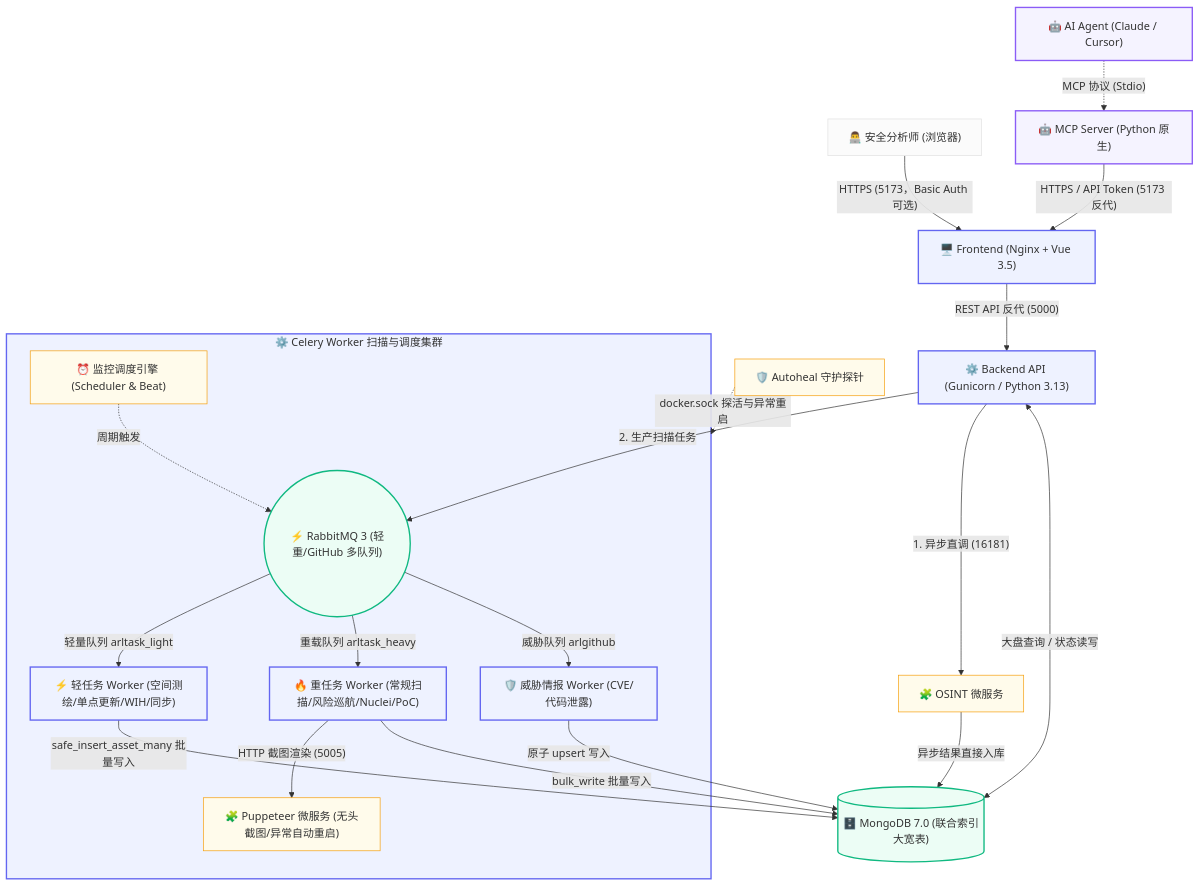
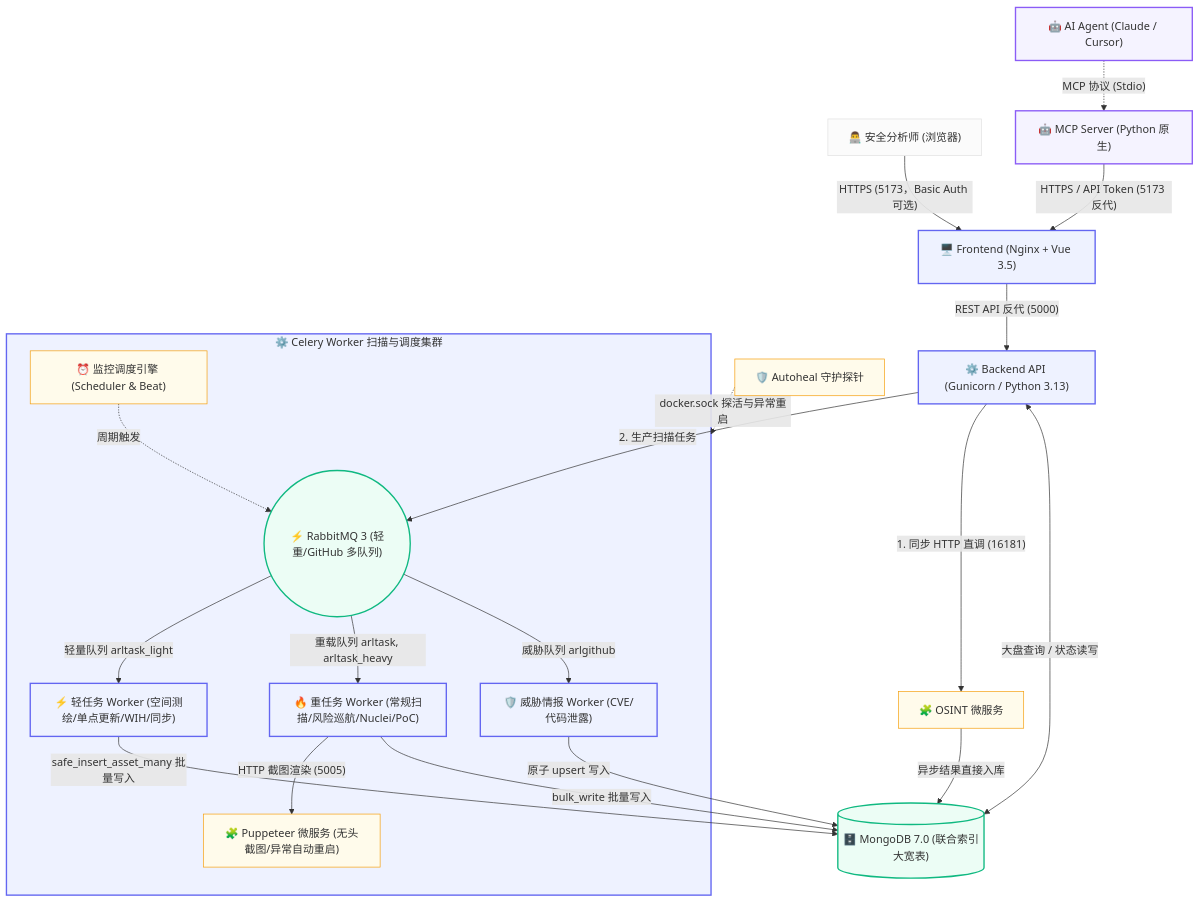
One commit to Kano882/ARL-Next changed the diagram in README.md. Above: the diagram before and after it, drawn with Mermaid. The commit also changed other lines of this file and 1 other file, not shown here.

````diff
--- a/README.md
+++ b/README.md
@@ -141,44 +141,44 @@
 ```mermaid
 graph TD
     %% 1. 接入层
     User["👨‍💻 安全分析师 (浏览器)"] -->|"HTTPS (5173，Basic Auth 可选)"| Nginx["🖥️ Frontend (Nginx + Vue 3.5)"]
     Agent["🤖 AI Agent (Claude / Cursor)"] -.->|"MCP 协议 (Stdio)"| MCP["🤖 MCP Server (Python 原生)"]
 
     %% 2. API 网关层
     Nginx -->|"REST API 反代 (5000)"| Backend["⚙️ Backend API (Gunicorn / Python 3.13)"]
     MCP -->|"HTTPS / API Token (5173 反代)"| Nginx
 
     %% 3. 调度与任务分流 (双轨解耦)
-    Backend -->|"1. 异步直调 (16181)"| OSINT["🧩 OSINT 微服务"]
+    Backend -->|"1. 同步 HTTP 直调 (16181)"| OSINT["🧩 OSINT 微服务"]
     Backend -->|"2. 生产扫描任务"| MQ(("⚡ RabbitMQ 3 (轻重/GitHub 多队列)"))
 
     %% 4. Celery Worker 扫描计算集群
     subgraph WorkerCluster ["⚙️ Celery Worker 扫描与调度集群"]
         MQ -->|"轻量队列 arltask_light"| W_Light["⚡ 轻任务 Worker (空间测绘/单点更新/WIH/同步)"]
-        MQ -->|"重载队列 arltask_heavy"| W_Heavy["🔥 重任务 Worker (常规扫描/风险巡航/Nuclei/PoC)"]
+        MQ -->|"重载队列 arltask, arltask_heavy"| W_Heavy["🔥 重任务 Worker (常规扫描/风险巡航/Nuclei/PoC)"]
         MQ -->|"威胁队列 arlgithub"| W_Git["🛡️ 威胁情报 Worker (CVE/代码泄露)"]
         
         Scheduler["⏰ 监控调度引擎 (Scheduler & Beat)"] -.->|"周期触发"| MQ
         W_Heavy -->|"HTTP 截图渲染 (5005)"| Puppeteer["🧩 Puppeteer 微服务 (无头截图/异常自动重启)"]
     end
 
     %% 5. 数据统一落库 (从上往下自然汇聚分流)
     Backend <-->|"大盘查询 / 状态读写"| DB[("🗄️ MongoDB 7.0 (联合索引大宽表)")]
     OSINT -->|"异步结果直接入库"| DB
     W_Light -->|"safe_insert_asset_many 批量写入"| DB
     W_Heavy -->|"bulk_write 批量写入"| DB
     W_Git -->|"原子 upsert 写入"| DB
 
     Autoheal["🛡️ Autoheal 守护探针"] -.->|"docker.sock 探活与异常重启"| WorkerCluster
 
     classDef default fill:#fbfbfb,stroke:#e0e0e0,stroke-width:1px;
     classDef core fill:#eef2ff,stroke:#6366f1,stroke-width:2px;
     classDef ai fill:#f5f3ff,stroke:#8b5cf6,stroke-width:2px;
     classDef db fill:#ecfdf5,stroke:#10b981,stroke-width:2px;
     classDef micro fill:#fffbeb,stroke:#f59e0b,stroke-width:1px;
     
     class Nginx,Backend,WorkerCluster,W_Light,W_Heavy,W_Git core;
     class Agent,MCP ai;
     class DB,MQ db;
     class OSINT,Puppeteer,Autoheal,Scheduler micro;
 ```
````
